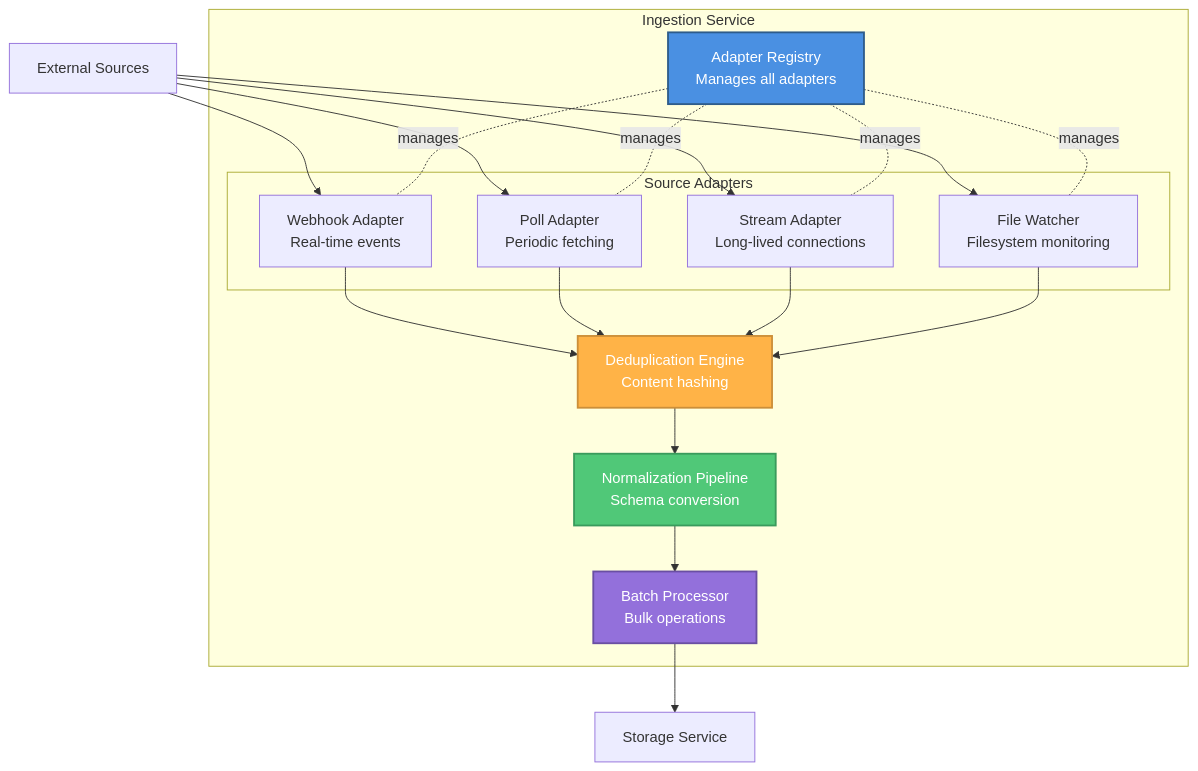
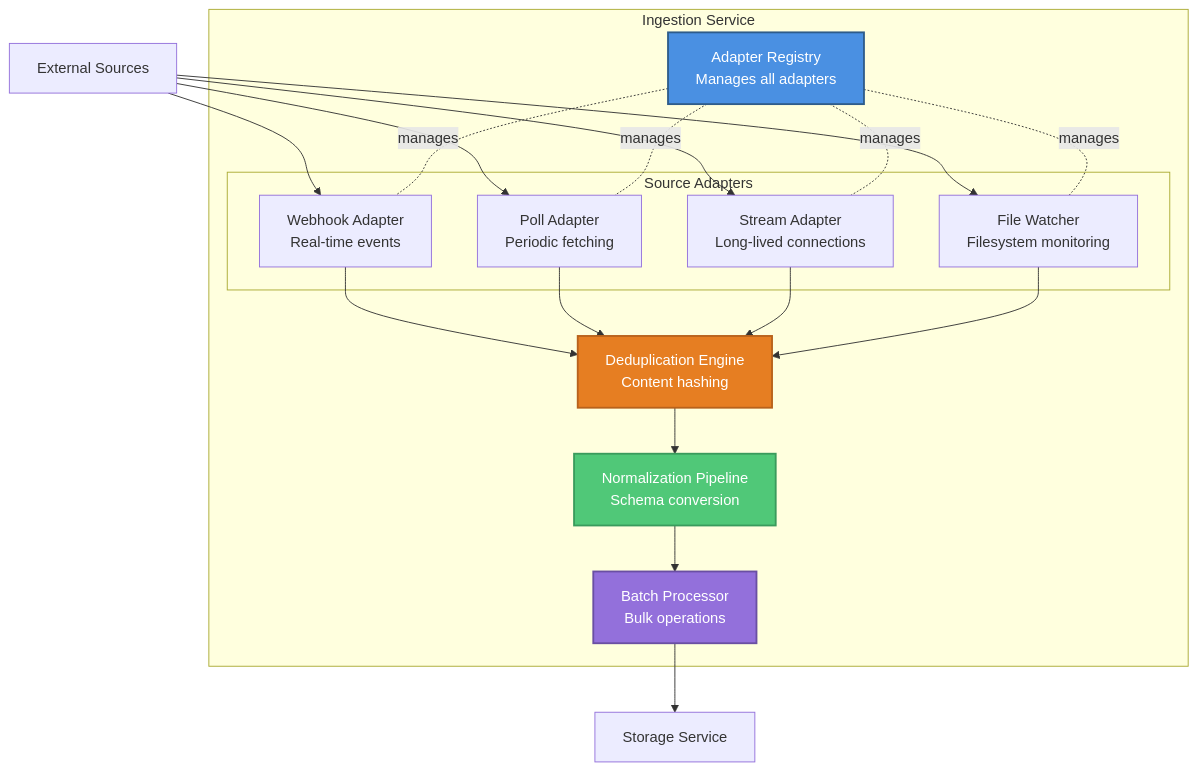
The third of 11 diagrams in docs/diagrams/c4-architecture.md (matthewxfz3/mneme), drawn with Mermaid before and after one commit. The commit also changed other lines of this file, not shown here.

First line of the commit message:
Improve diagram color contrast for accessibility

````diff
--- a/docs/diagrams/c4-architecture.md
+++ b/docs/diagrams/c4-architecture.md
@@ -142,31 +142,31 @@
 ```mermaid
 graph TB
     subgraph "Ingestion Service"
         REGISTRY[Adapter Registry<br/>Manages all adapters]
 
         subgraph "Source Adapters"
             WEBHOOK[Webhook Adapter<br/>Real-time events]
             POLL[Poll Adapter<br/>Periodic fetching]
             STREAM[Stream Adapter<br/>Long-lived connections]
             FILEWATCH[File Watcher<br/>Filesystem monitoring]
         end
 
         DEDUP[Deduplication Engine<br/>Content hashing]
         NORMALIZE[Normalization Pipeline<br/>Schema conversion]
         BATCH[Batch Processor<br/>Bulk operations]
     end
 
     SOURCES[External Sources] --> WEBHOOK & POLL & STREAM & FILEWATCH
 
     REGISTRY -.manages.- WEBHOOK & POLL & STREAM & FILEWATCH
 
     WEBHOOK & POLL & STREAM & FILEWATCH --> DEDUP
     DEDUP --> NORMALIZE
     NORMALIZE --> BATCH
     BATCH --> STORAGE[Storage Service]
 
     style REGISTRY fill:#4A90E2,stroke:#2E5C8A,stroke-width:2px,color:#fff
-    style DEDUP fill:#FFB347,stroke:#CC8F39,stroke-width:2px,color:#fff
+    style DEDUP fill:#E67E22,stroke:#B8621B,stroke-width:2px,color:#fff
     style NORMALIZE fill:#50C878,stroke:#3A9B5C,stroke-width:2px,color:#fff
     style BATCH fill:#9370DB,stroke:#6A4FA3,stroke-width:2px,color:#fff
 ```
````
